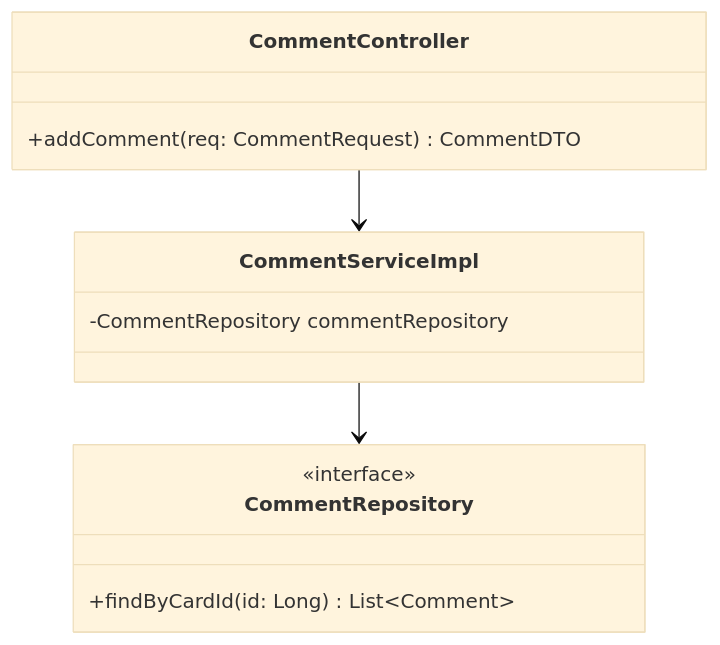
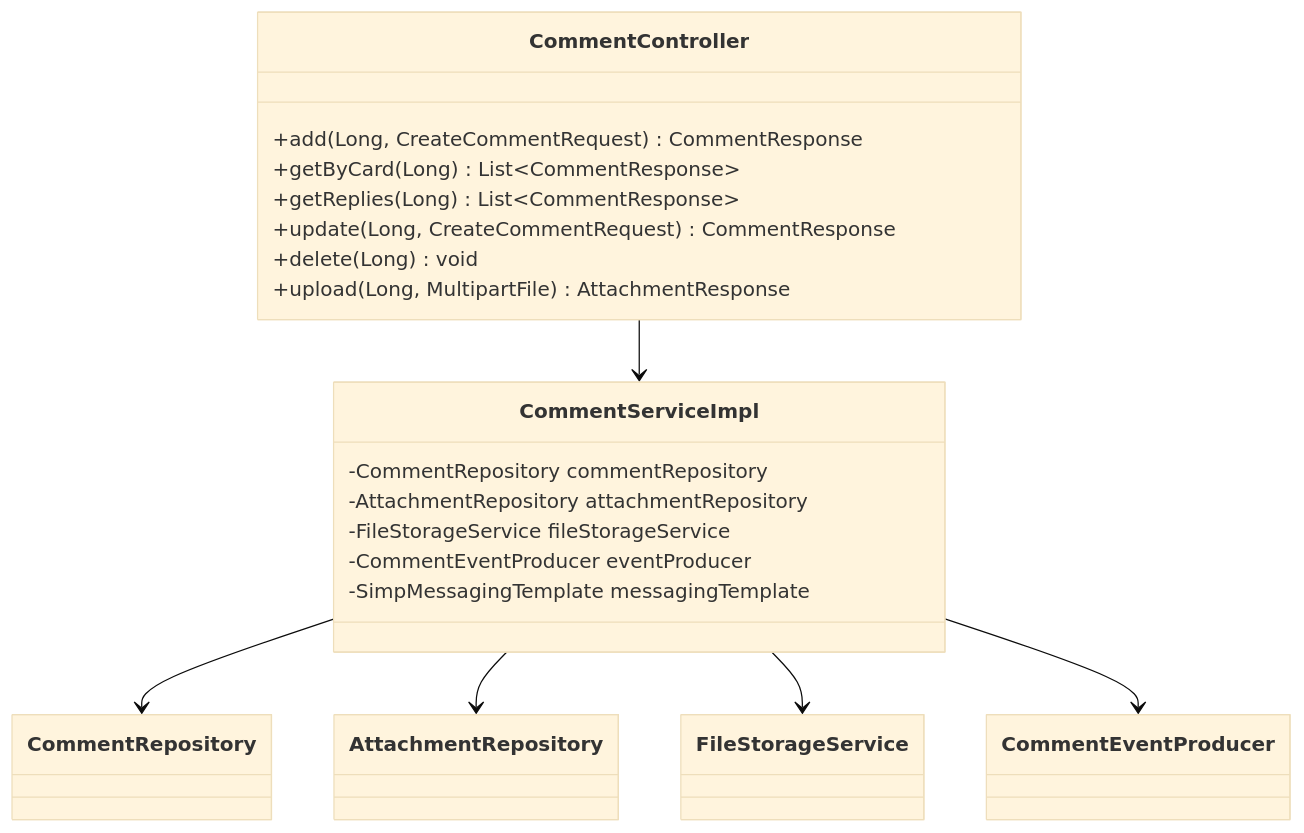
Before and after one commit to Prashant-kumar-sharma/FlowBoard-Backend: the second of 4 diagrams in docs/services/comment-service/diagrams.md, drawn with Mermaid (base theme). The commit also changed other lines of this file and 10 other files, not shown here.

Commit message:
[Prashant] : Added Diagrams for all the services

````diff
--- a/docs/services/comment-service/diagrams.md
+++ b/docs/services/comment-service/diagrams.md
@@ -16,15 +32,25 @@
 ```mermaid
 classDiagram
     class CommentController {
-        +addComment(req: CommentRequest) CommentDTO
+        +add(Long, CreateCommentRequest) CommentResponse
+        +getByCard(Long) List~CommentResponse~
+        +getReplies(Long) List~CommentResponse~
+        +update(Long, CreateCommentRequest) CommentResponse
+        +delete(Long) void
+        +upload(Long, MultipartFile) AttachmentResponse
     }
+
     class CommentServiceImpl {
         -CommentRepository commentRepository
+        -AttachmentRepository attachmentRepository
+        -FileStorageService fileStorageService
+        -CommentEventProducer eventProducer
+        -SimpMessagingTemplate messagingTemplate
     }
-    class CommentRepository {
-        <<interface>>
-        +findByCardId(id: Long) List~Comment~
-    }
+
     CommentController --> CommentServiceImpl
     CommentServiceImpl --> CommentRepository
+    CommentServiceImpl --> AttachmentRepository
+    CommentServiceImpl --> FileStorageService
+    CommentServiceImpl --> CommentEventProducer
 ```
````
